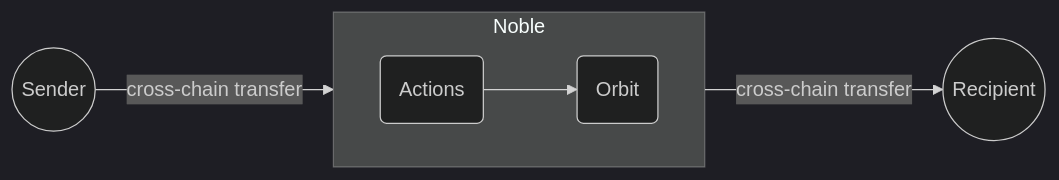
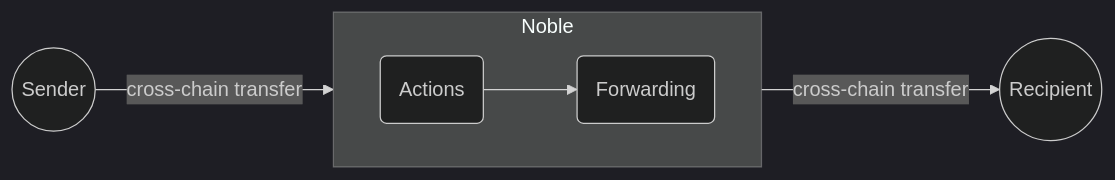
One commit to noble-assets/orbiter changed the diagram in README.md. Above: the diagram before and after it, drawn with Mermaid (dark theme). The commit also changed 1 other file, not shown here.

Commit message:
docs: add Hyperlane controller docs (#30)

````diff
--- a/README.md
+++ b/README.md
@@ -29,9 +29,9 @@
 ```mermaid
 flowchart LR
    subgraph Noble
      direction LR
-      a(Actions) --> o(Orbit)
+      a(Actions) --> f(Forwarding)
    end
     S((Sender)) -- cross-chain transfer -->  Noble
     Noble -- cross-chain transfer --> R((Recipient))
 ```
````
